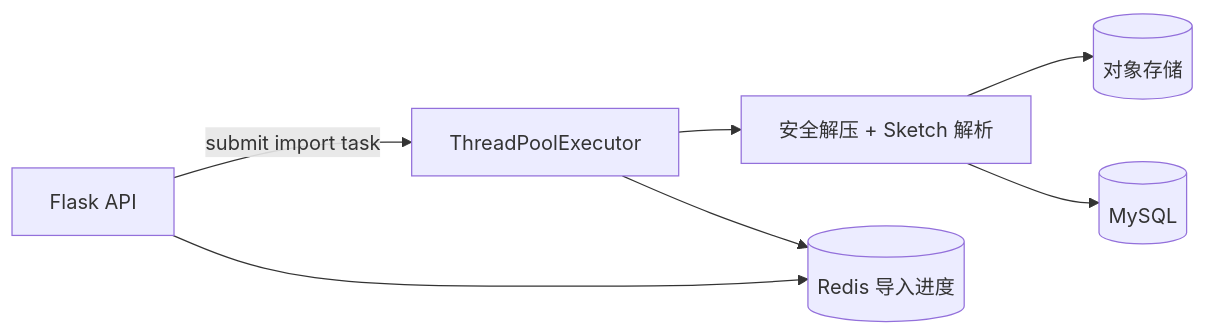
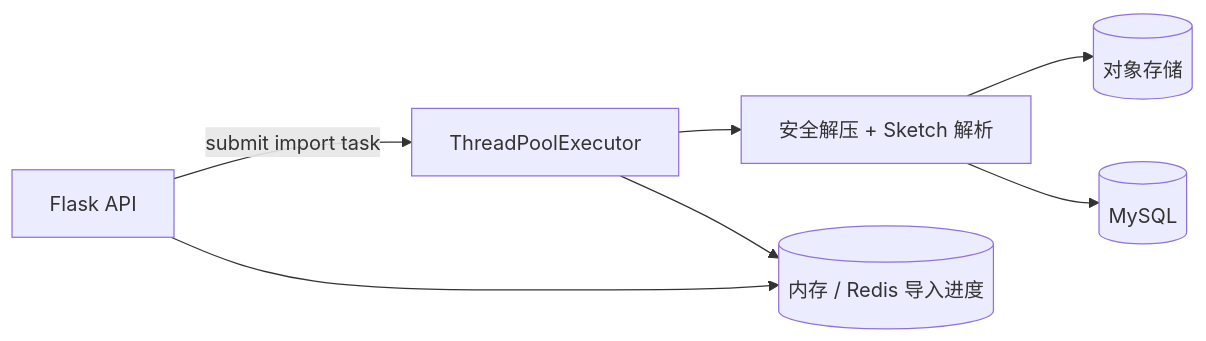
The second of 2 diagrams in docs/03_TECHNICAL_SOLUTION.md (fjl-gj/sketchtoui), drawn with Mermaid before and after one commit. The commit also changed other lines of this file and 21 other files, not shown here.

````diff
--- a/docs/03_TECHNICAL_SOLUTION.md
+++ b/docs/03_TECHNICAL_SOLUTION.md
@@ -133,9 +133,9 @@
 ```mermaid
 flowchart LR
     API["Flask API"] -->|"submit import task"| Task["ThreadPoolExecutor"]
     Task --> Parse["安全解压 + Sketch 解析"]
     Parse --> Store[("对象存储")]
     Parse --> DB[("MySQL")]
-    Task --> Progress[("Redis 导入进度")]
+    Task --> Progress[("内存 / Redis 导入进度")]
     API --> Progress
 ```
````
